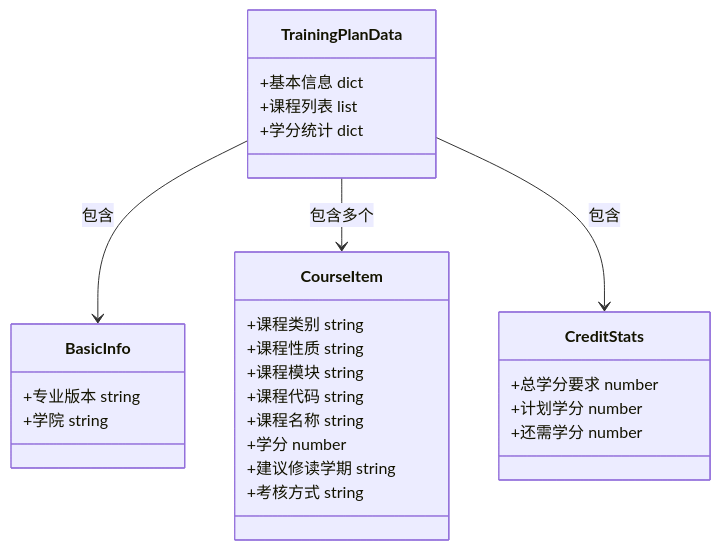
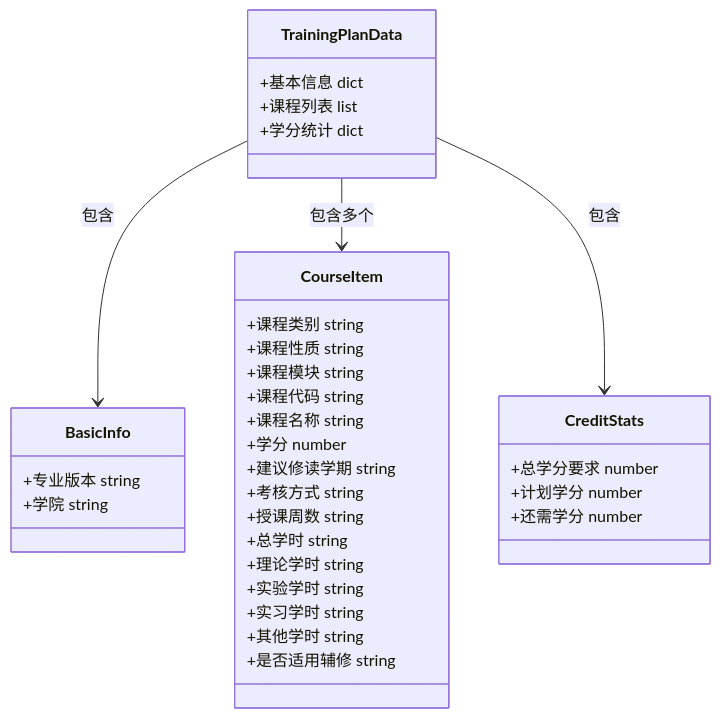
Before and after one commit to ghbbn053-ship-itsoulddog/soulddog: the third of 9 diagrams in .qoder/repowiki/zh/content/后端API文档/学术数据查询API/培养方案查询API.md, drawn with Mermaid. The commit also changed other lines of this file and 12 other files, not shown here.

````diff
--- a/.qoder/repowiki/zh/content/后端API文档/学术数据查询API/培养方案查询API.md
+++ b/.qoder/repowiki/zh/content/后端API文档/学术数据查询API/培养方案查询API.md
@@ -148,30 +149,37 @@
 ```mermaid
 classDiagram
 class TrainingPlanData {
 +基本信息 dict
 +课程列表 list
 +学分统计 dict
 }
 class BasicInfo {
 +专业版本 string
 +学院 string
 }
 class CourseItem {
 +课程类别 string
 +课程性质 string
 +课程模块 string
 +课程代码 string
 +课程名称 string
 +学分 number
 +建议修读学期 string
 +考核方式 string
++授课周数 string
++总学时 string
++理论学时 string
++实验学时 string
++实习学时 string
++其他学时 string
++是否适用辅修 string
 }
 class CreditStats {
 +总学分要求 number
 +计划学分 number
 +还需学分 number
 }
 TrainingPlanData --> BasicInfo : 包含
 TrainingPlanData --> CourseItem : 包含多个
 TrainingPlanData --> CreditStats : 包含
 ```
````
